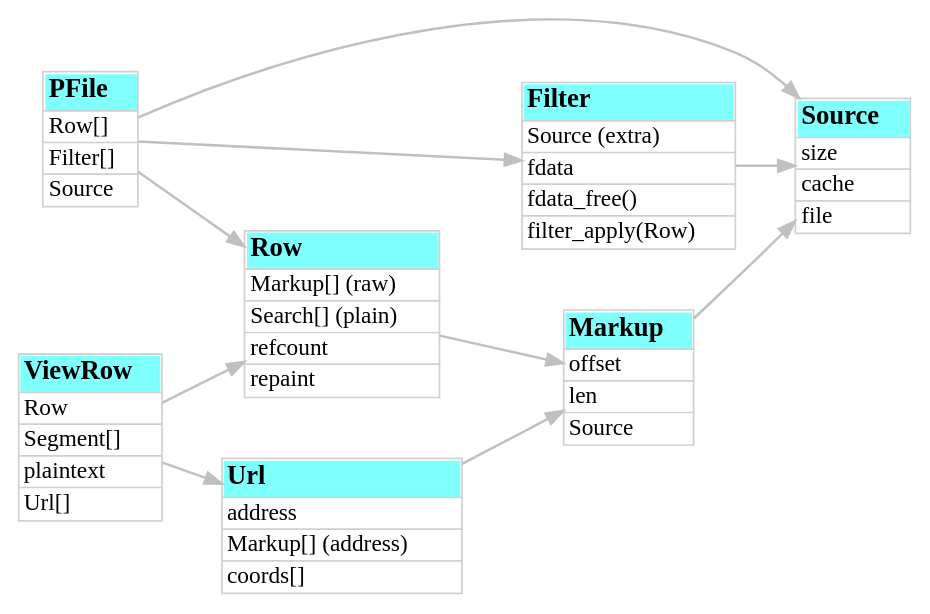
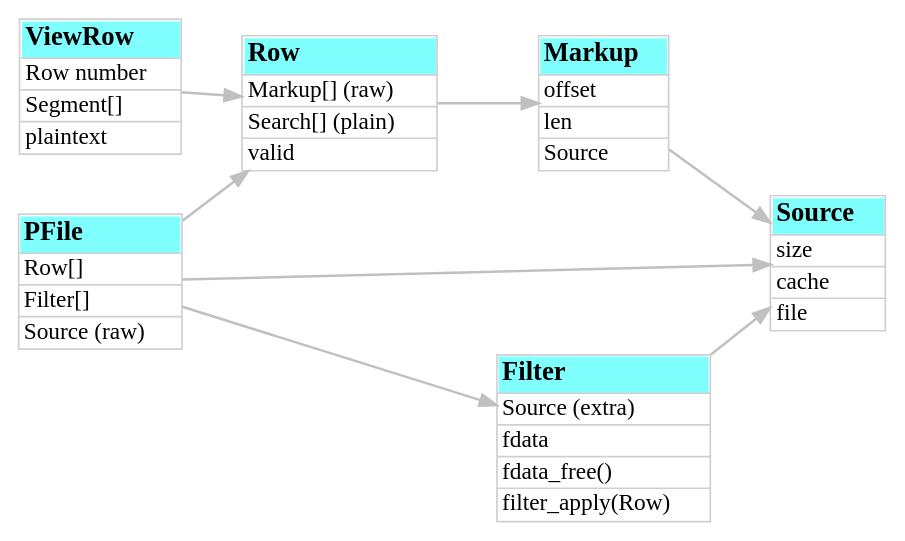
One commit to neomutt/flatcap-brain-dump changed the diagram in work-files/menu/spager/spager-arch.gv. Above: the diagram before and after it, drawn with Graphviz. The commit also changed 2 other files, not shown here.

```diff
--- a/work-files/menu/spager/spager-arch.gv
+++ b/work-files/menu/spager/spager-arch.gv
@@ -1,158 +1,158 @@
 digraph neomutt
 {
 
 	graph [
 		rankdir="LR"
 		nodesep="0.5"
 		ranksep="0.5"
 	];
 
 	node [
 		shape="plain"
 	];
 
 	edge [
 		penwidth="1.5"
 		arrowsize="1.0"
 		color="#c0c0c0"
 	];
 
 	pfile [
 		label=<<table cellspacing="0" border="1" rows="*" color="#d0d0d0">
 		<tr>
 			<td border="0" align="left" bgcolor="#80ffff" port="top"><font color="#000000" point-size="16"><b>PFile</b></font></td>
 		</tr>
 		<tr>
 			<td border="0" align="left">Row[]</td>
 		</tr>
 		<tr>
 			<td border="0" align="left">Filter[]</td>
 		</tr>
 		<tr>
-			<td border="0" align="left">Source</td>
+			<td border="0" align="left">Source (raw)</td>
 		</tr>
 		</table>>
 	];
 
 	row [
 		label=<<table cellspacing="0" border="1" rows="*" color="#d0d0d0">
 		<tr>
 			<td border="0" align="left" bgcolor="#80ffff" port="top"><font color="#000000" point-size="16"><b>Row</b></font></td>
 		</tr>
 		<tr>
 			<td border="0" align="left">Markup[] (raw)</td>
 		</tr>
 		<tr>
 			<td border="0" align="left">Search[] (plain)</td>
 		</tr>
 		<tr>
-			<td border="0" align="left">refcount</td>
-		</tr>
-		<tr>
-			<td border="0" align="left">repaint</td>
+			<td border="0" align="left">valid</td>
 		</tr>
 		</table>>
 	];
+	// <tr>
+	// 	<td border="0" align="left">refcount</td>
+	// </tr>
 
 	source [
 		label=<<table cellspacing="0" border="1" rows="*" color="#d0d0d0">
 		<tr>
 			<td border="0" align="left" bgcolor="#80ffff" port="top"><font color="#000000" point-size="16"><b>Source</b></font></td>
 		</tr>
 		<tr>
 			<td border="0" align="left">size</td>
 		</tr>
 		<tr>
 			<td border="0" align="left">cache</td>
 		</tr>
 		<tr>
 			<td border="0" align="left">file</td>
 		</tr>
 		</table>>
 	];
 
 	filter [
 		label=<<table cellspacing="0" border="1" rows="*" color="#d0d0d0">
 		<tr>
 			<td border="0" align="left" bgcolor="#80ffff" port="top"><font color="#000000" point-size="16"><b>Filter</b></font></td>
 		</tr>
 		<tr>
 			<td border="0" align="left">Source (extra)</td>
 		</tr>
 		<tr>
 			<td border="0" align="left">fdata</td>
 		</tr>
 		<tr>
 			<td border="0" align="left">fdata_free()</td>
 		</tr>
 		<tr>
 			<td border="0" align="left">filter_apply(Row)</td>
 		</tr>
 		</table>>
 	];
 
 	vrow [
 		label=<<table cellspacing="0" border="1" rows="*" color="#d0d0d0">
 		<tr>
 			<td border="0" align="left" bgcolor="#80ffff" port="top"><font color="#000000" point-size="16"><b>ViewRow</b></font></td>
 		</tr>
 		<tr>
-			<td border="0" align="left">Row</td>
+			<td border="0" align="left">Row number</td>
 		</tr>
 		<tr>
 			<td border="0" align="left">Segment[]</td>
 		</tr>
 		<tr>
 			<td border="0" align="left">plaintext</td>
 		</tr>
-		<tr>
-			<td border="0" align="left">Url[]</td>
-		</tr>
 		</table>>
 	];
+	// <tr>
+	// 	<td border="0" align="left">Url[]</td>
+	// </tr>
 
 	markup [
 		label=<<table cellspacing="0" border="1" rows="*" color="#d0d0d0">
 		<tr>
 			<td border="0" align="left" bgcolor="#80ffff" port="top"><font color="#000000" point-size="16"><b>Markup</b></font></td>
 		</tr>
 		<tr>
 			<td border="0" align="left">offset</td>
 		</tr>
 		<tr>
 			<td border="0" align="left">len</td>
 		</tr>
 		<tr>
 			<td border="0" align="left">Source</td>
 		</tr>
 		</table>>
 	];
 
-	url [
-		label=<<table cellspacing="0" border="1" rows="*" color="#d0d0d0">
-		<tr>
-			<td border="0" align="left" bgcolor="#80ffff" port="top"><font color="#000000" point-size="16"><b>Url</b></font></td>
-		</tr>
-		<tr>
-			<td border="0" align="left">address</td>
-		</tr>
-		<tr>
-			<td border="0" align="left">Markup[] (address)</td>
-		</tr>
-		<tr>
-			<td border="0" align="left">coords[]</td>
-		</tr>
-		</table>>
-	];
+	// url [
+	// 	label=<<table cellspacing="0" border="1" rows="*" color="#d0d0d0">
+	// 	<tr>
+	// 		<td border="0" align="left" bgcolor="#80ffff" port="top"><font color="#000000" point-size="16"><b>Url</b></font></td>
+	// 	</tr>
+	// 	<tr>
+	// 		<td border="0" align="left">address</td>
+	// 	</tr>
+	// 	<tr>
+	// 		<td border="0" align="left">Markup[] (address)</td>
+	// 	</tr>
+	// 	<tr>
+	// 		<td border="0" align="left">coords[]</td>
+	// 	</tr>
+	// 	</table>>
+	// ];
 
 
 	pfile -> row
 	pfile -> filter
 	pfile -> source
 	row -> markup
 	filter -> source
 	vrow -> row
-	vrow -> url
+	// vrow -> url
 	markup -> source
-	url -> markup
+	// url -> markup
 }
```
